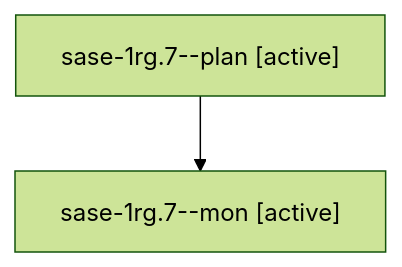
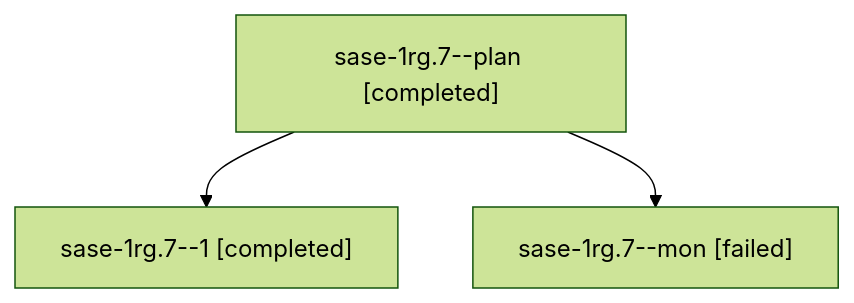
One commit to sase-org/sase--agents changed the diagram in sessions/bbugyi200.athena.sase-1rg.7.md. Above: the diagram before and after it, drawn with Mermaid (forest theme). The commit also changed other lines of this file and 51 other files, not shown here.

````diff
--- a/sessions/bbugyi200.athena.sase-1rg.7.md
+++ b/sessions/bbugyi200.athena.sase-1rg.7.md
@@ -9,6 +9,8 @@
 ```mermaid
 flowchart TD
-  n0["sase-1rg.7--plan [active]"]
-  n1["sase-1rg.7--mon [active]"]
+  n0["sase-1rg.7--plan [completed]"]
+  n1["sase-1rg.7--1 [completed]"]
   n0 --> n1
+  n2["sase-1rg.7--mon [failed]"]
+  n0 --> n2
 ```
````
